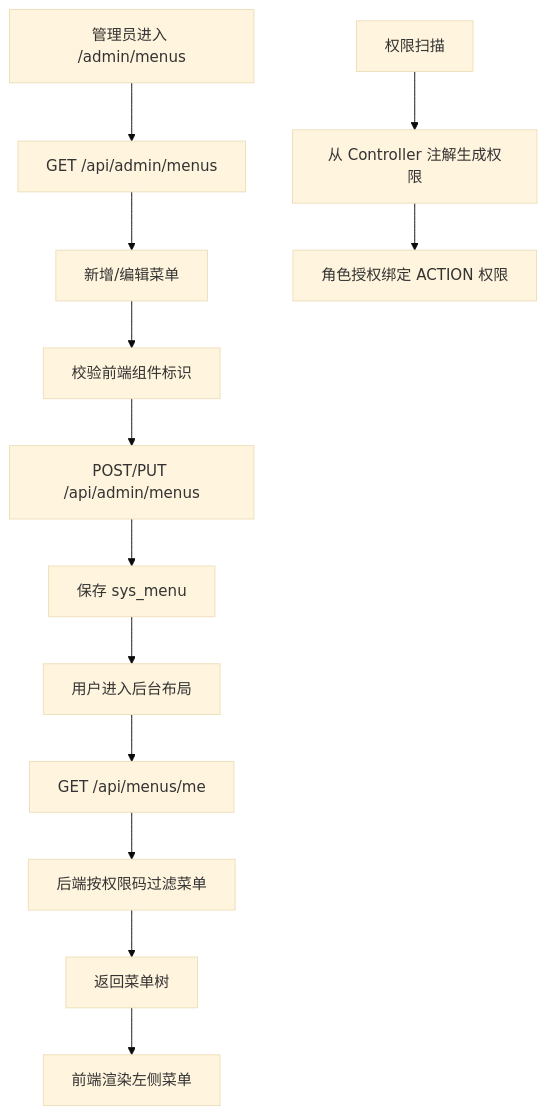
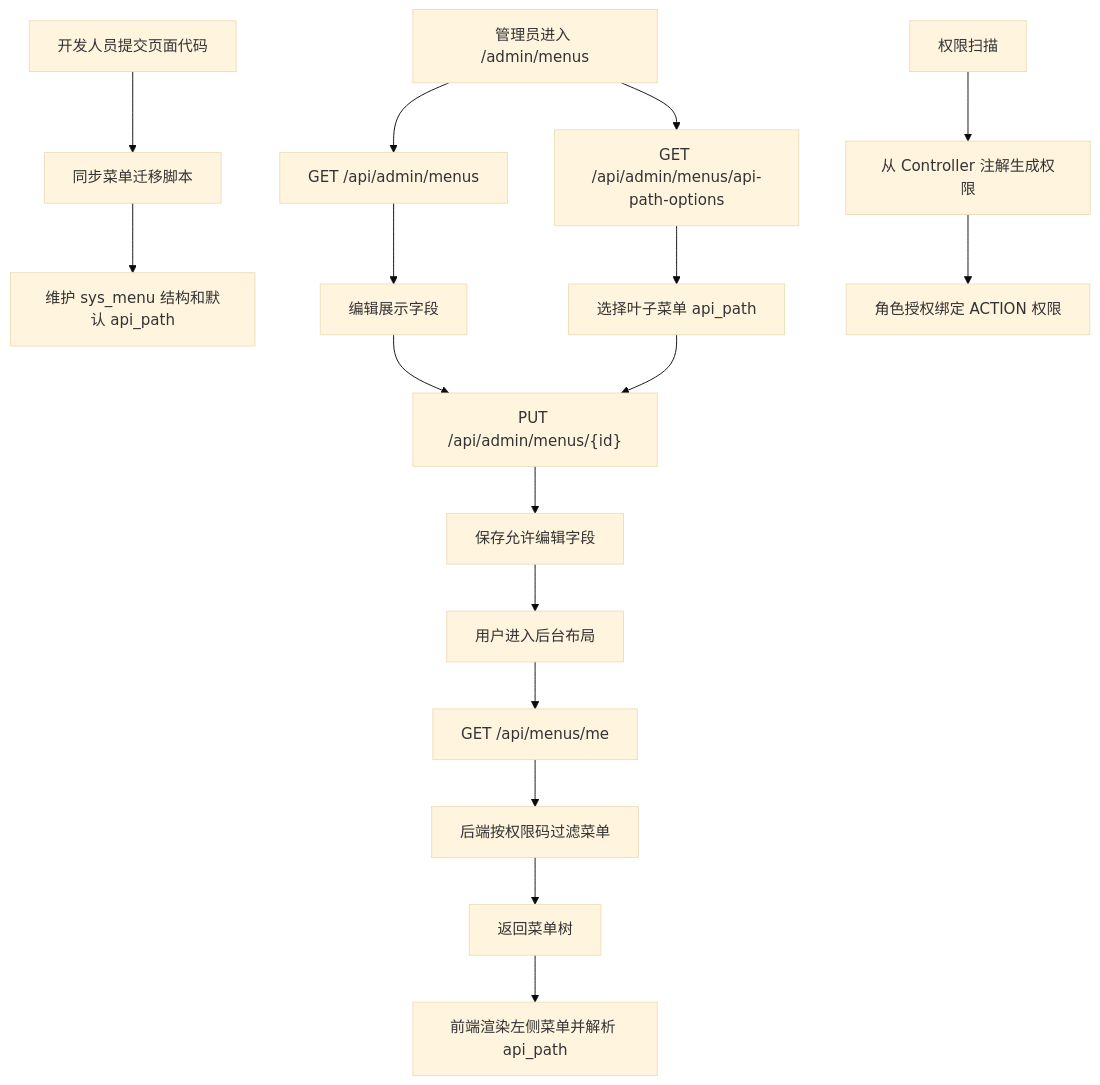
Before and after one commit to guokai2012/exam-ai: the diagram in docs/20260601172500_menu-management-flow.md, drawn with Mermaid (base theme). The commit also changed other lines of this file and 28 other files, not shown here.

Commit message:
refactor menu api path governance

````diff
--- a/docs/20260601172500_menu-management-flow.md
+++ b/docs/20260601172500_menu-management-flow.md
@@ -29,15 +31,19 @@
 ```mermaid
 flowchart TD
-    A["管理员进入 /admin/menus"] --> B["GET /api/admin/menus"]
-    B --> C["新增/编辑菜单"]
-    C --> D["校验前端组件标识"]
-    D --> E["POST/PUT /api/admin/menus"]
-    E --> F["保存 sys_menu"]
-    G["权限扫描"] --> H["从 Controller 注解生成权限"]
-    H --> I["角色授权绑定 ACTION 权限"]
-    F --> J["用户进入后台布局"]
-    J --> K["GET /api/menus/me"]
-    K --> L["后端按权限码过滤菜单"]
-    L --> M["返回菜单树"]
-    M --> N["前端渲染左侧菜单"]
+    A["开发人员提交页面代码"] --> B["同步菜单迁移脚本"]
+    B --> C["维护 sys_menu 结构和默认 api_path"]
+    D["管理员进入 /admin/menus"] --> E["GET /api/admin/menus"]
+    D --> F["GET /api/admin/menus/api-path-options"]
+    E --> G["编辑展示字段"]
+    F --> H["选择叶子菜单 api_path"]
+    G --> I["PUT /api/admin/menus/{id}"]
+    H --> I
+    I --> J["保存允许编辑字段"]
+    K["权限扫描"] --> L["从 Controller 注解生成权限"]
+    L --> M["角色授权绑定 ACTION 权限"]
+    J --> N["用户进入后台布局"]
+    N --> O["GET /api/menus/me"]
+    O --> P["后端按权限码过滤菜单"]
+    P --> Q["返回菜单树"]
+    Q --> R["前端渲染左侧菜单并解析 api_path"]
 ```
````
